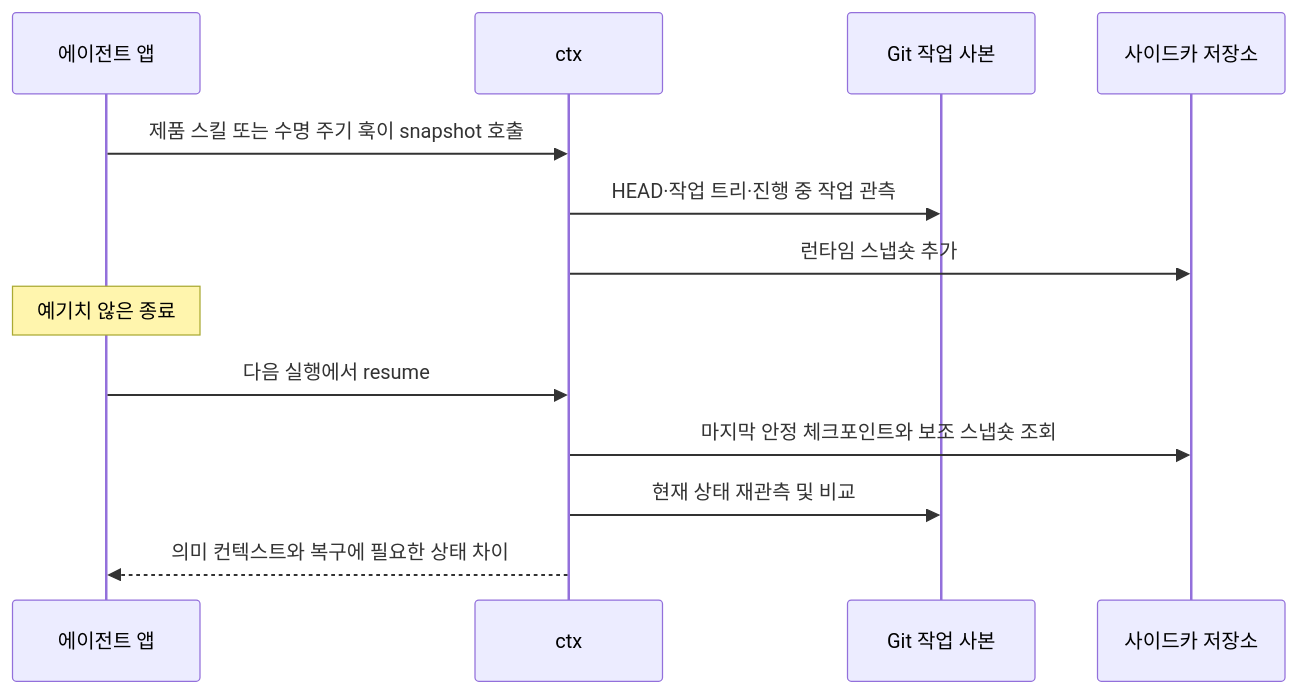
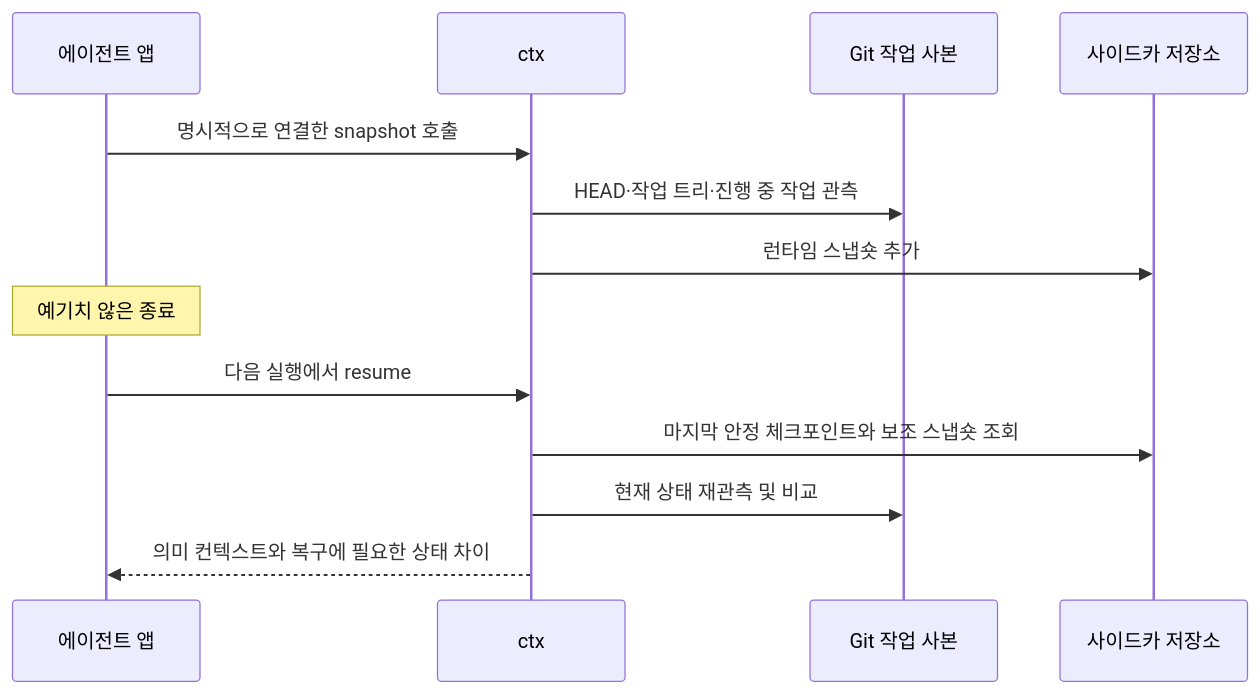
Before and after one commit to robinjoon/ai-kit: the seventh of 7 diagrams in docs/user-scenarios.md, drawn with Mermaid. The commit also changed other lines of this file and 11 other files, not shown here.

````diff
--- a/docs/user-scenarios.md
+++ b/docs/user-scenarios.md
@@ -175,16 +179,16 @@
 ```mermaid
 sequenceDiagram
     participant App as 에이전트 앱
     participant Ctx as ctx
     participant Git as Git 작업 사본
     participant Store as 사이드카 저장소
 
-    App->>Ctx: 제품 스킬 또는 수명 주기 훅이 snapshot 호출
+    App->>Ctx: 명시적으로 연결한 snapshot 호출
     Ctx->>Git: HEAD·작업 트리·진행 중 작업 관측
     Ctx->>Store: 런타임 스냅숏 추가
     Note over App: 예기치 않은 종료
     App->>Ctx: 다음 실행에서 resume
     Ctx->>Store: 마지막 안정 체크포인트와 보조 스냅숏 조회
     Ctx->>Git: 현재 상태 재관측 및 비교
     Ctx-->>App: 의미 컨텍스트와 복구에 필요한 상태 차이
 ```
````
